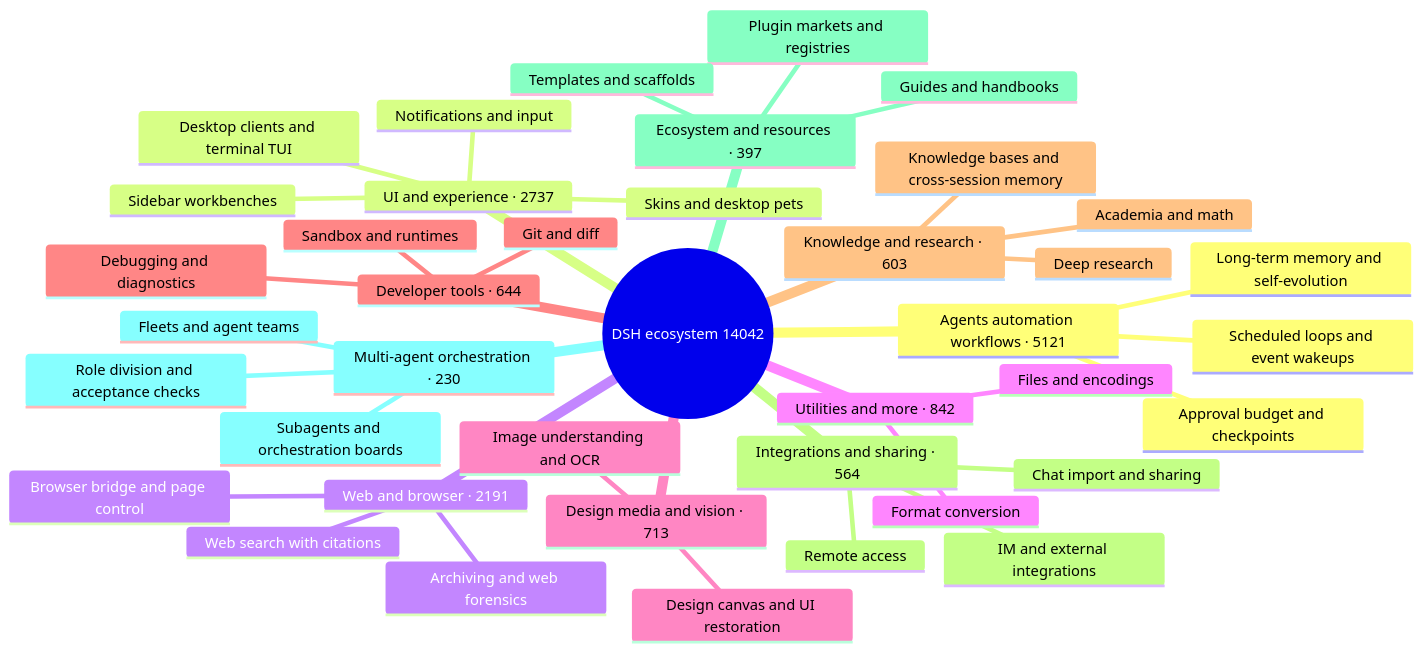
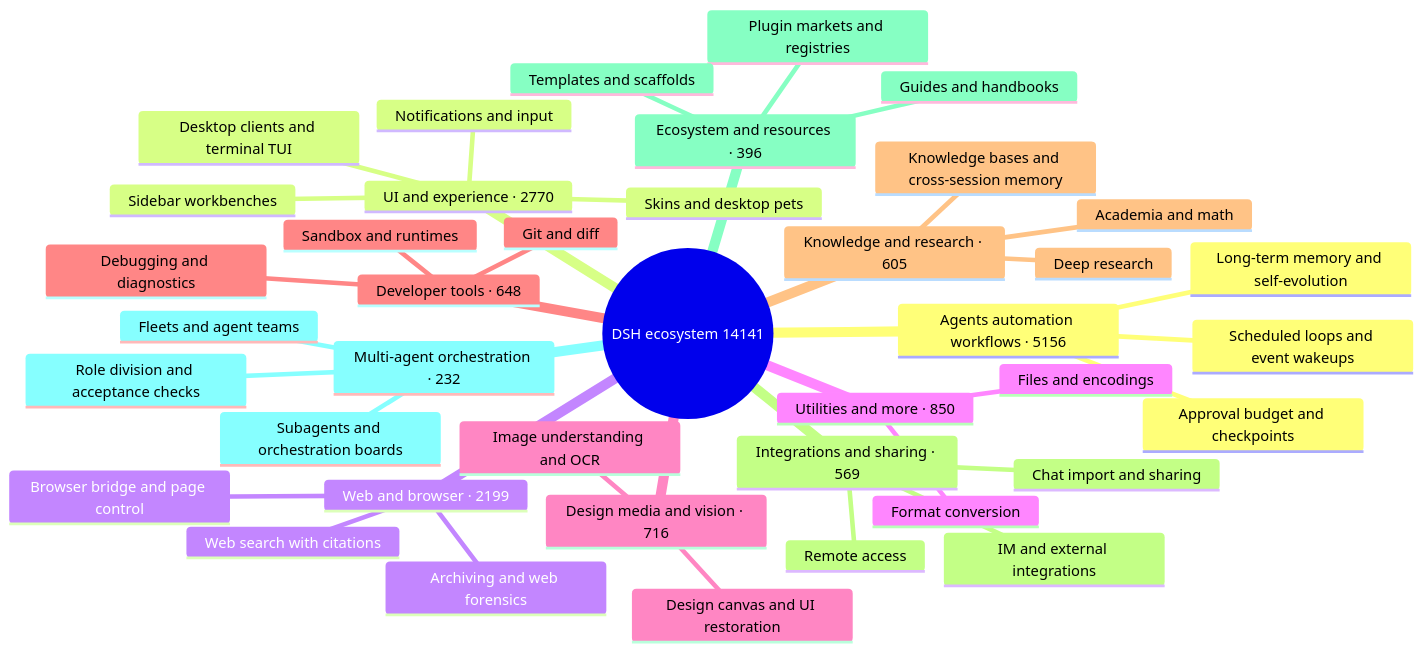
The diagram in README_EN.md (bruc3van/awesome-dsh-plugin), drawn with Mermaid before and after one commit. The commit also changed other lines of this file and 21 other files, not shown here.

````diff
--- a/README_EN.md
+++ b/README_EN.md
@@ -16,43 +16,43 @@
 ```mermaid
 mindmap
-  root((DSH ecosystem 14042))
-    Agents automation workflows · 5121
+  root((DSH ecosystem 14141))
+    Agents automation workflows · 5156
       Scheduled loops and event wakeups
       Long-term memory and self-evolution
       Approval budget and checkpoints
-    UI and experience · 2737
+    UI and experience · 2770
       Desktop clients and terminal TUI
       Sidebar workbenches
       Skins and desktop pets
       Notifications and input
-    Web and browser · 2191
+    Web and browser · 2199
       Browser bridge and page control
       Web search with citations
       Archiving and web forensics
-    Utilities and more · 842
+    Utilities and more · 850
       Files and encodings
       Format conversion
-    Design media and vision · 713
+    Design media and vision · 716
       Image understanding and OCR
       Design canvas and UI restoration
-    Developer tools · 644
+    Developer tools · 648
       Git and diff
       Sandbox and runtimes
       Debugging and diagnostics
-    Knowledge and research · 603
+    Knowledge and research · 605
       Knowledge bases and cross-session memory
       Deep research
       Academia and math
-    Integrations and sharing · 564
+    Integrations and sharing · 569
       Chat import and sharing
       Remote access
       IM and external integrations
-    Ecosystem and resources · 397
+    Ecosystem and resources · 396
       Plugin markets and registries
       Templates and scaffolds
       Guides and handbooks
-    Multi-agent orchestration · 230
+    Multi-agent orchestration · 232
       Subagents and orchestration boards
       Fleets and agent teams
       Role division and acceptance checks
 ```
````
